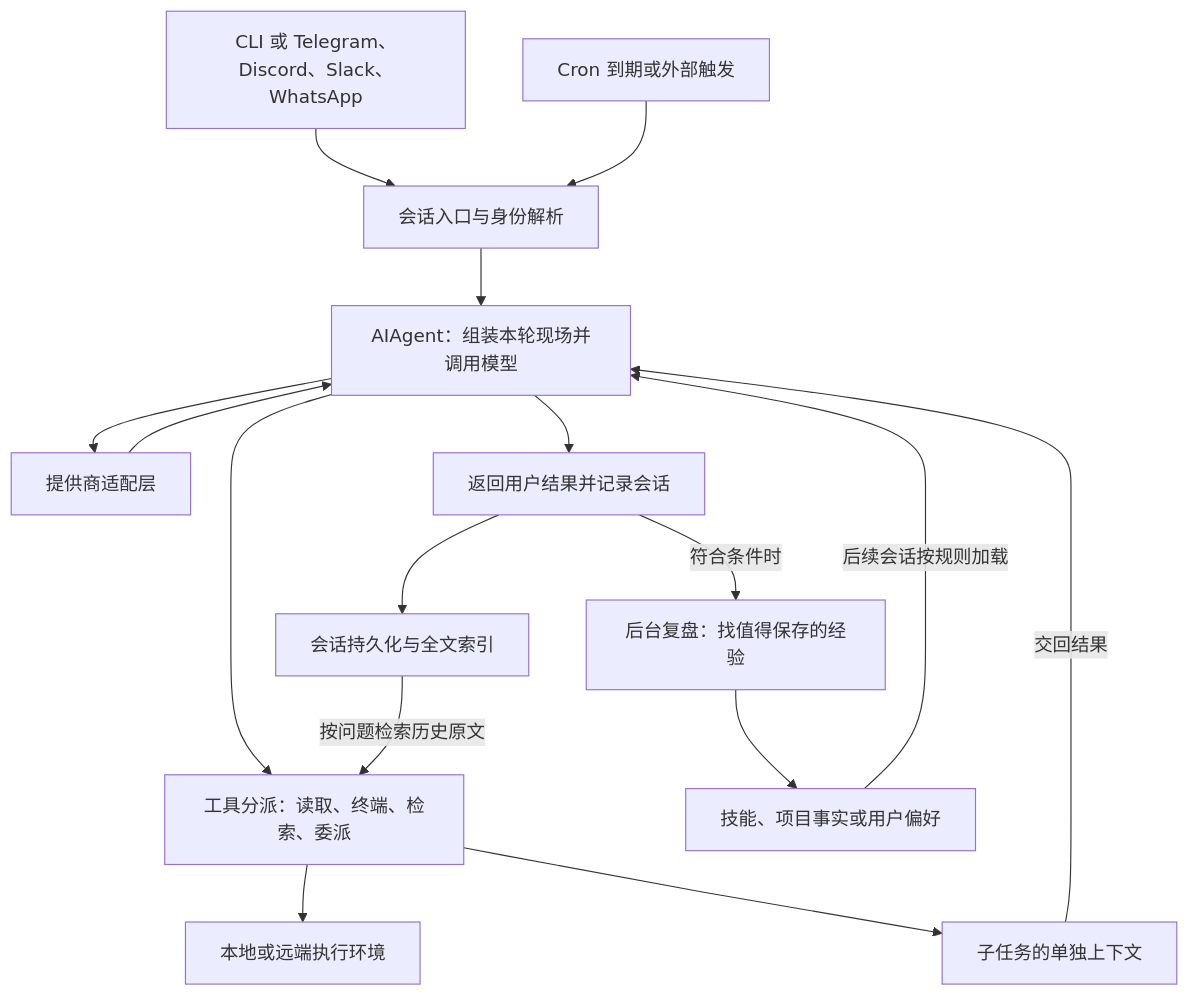
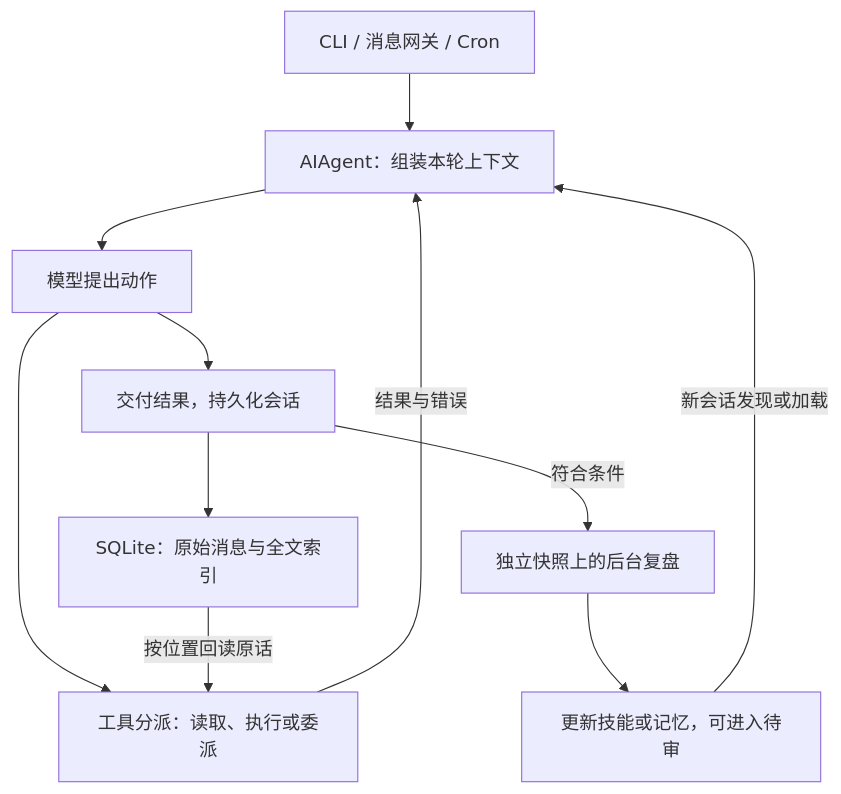
The first of 2 diagrams in 02-flagship-agents-teardown/02-hermes-agent.md (echonoshy/agent-engineering-handbook), drawn with Mermaid before and after one commit. The commit also changed other lines of this file and 21 other files, not shown here.

````diff
--- a/02-flagship-agents-teardown/02-hermes-agent.md
+++ b/02-flagship-agents-teardown/02-hermes-agent.md
@@ -9,18 +5,13 @@
 ```mermaid
 flowchart TB
-    U["CLI 或 Telegram、Discord、Slack、WhatsApp"] --> G["会话入口与身份解析"]
-    C["Cron 到期或外部触发"] --> G
-    G --> A["AIAgent：组装本轮现场并调用模型"]
-    A --> P["提供商适配层"]
-    P --> A
-    A --> T["工具分派：读取、终端、检索、委派"]
-    T --> E["本地或远端执行环境"]
-    T --> D["子任务的单独上下文"]
-    D -->|"交回结果"| A
-    A --> F["返回用户结果并记录会话"]
-    F --> S["会话持久化与全文索引"]
-    F -->|"符合条件时"| R["后台复盘：找值得保存的经验"]
-    R --> K["技能、项目事实或用户偏好"]
-    K -->|"后续会话按规则加载"| A
-    S -->|"按问题检索历史原文"| T
+    U["CLI / 消息网关 / Cron"] --> A["AIAgent：组装本轮上下文"]
+    A --> M["模型提出动作"]
+    M --> T["工具分派：读取、执行或委派"]
+    T -->|"结果与错误"| A
+    M --> F["交付结果，持久化会话"]
+    F --> S["SQLite：原始消息与全文索引"]
+    F -->|"符合条件"| R["独立快照上的后台复盘"]
+    R --> K["更新技能或记忆，可进入待审"]
+    K -->|"新会话发现或加载"| A
+    S -->|"按位置回读原话"| T
 ```
````
